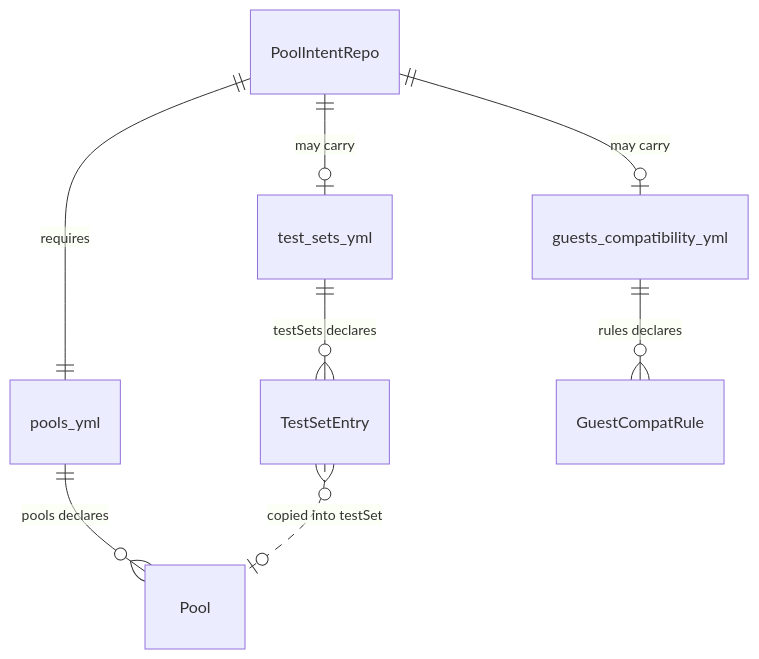
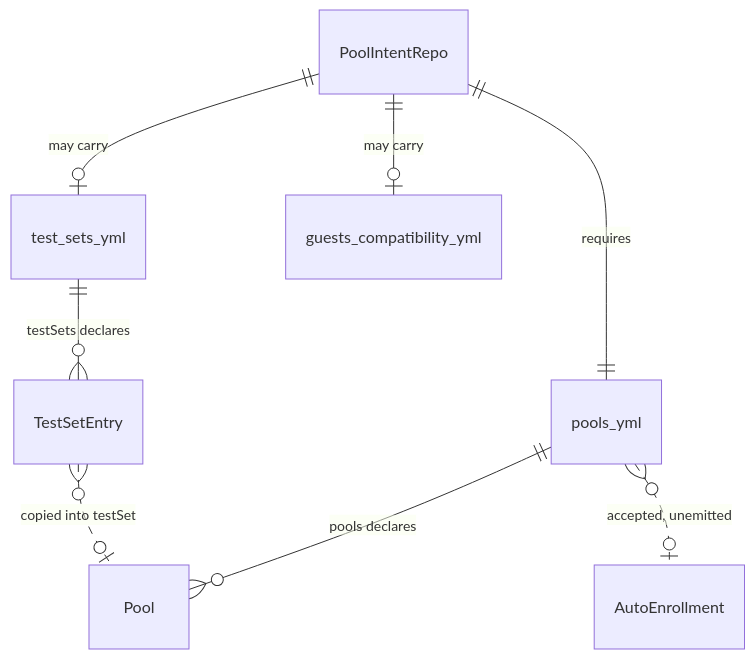
One commit to alissonsol/yuruna changed diagram 11 of 14 in docs/design/05-data-model.md. Above: the diagram before and after it, drawn with Mermaid. The commit also changed other lines of this file and 752 other files, not shown here.

````diff
--- a/docs/design/05-data-model.md
+++ b/docs/design/05-data-model.md
@@ -556,10 +752,12 @@
 ```mermaid
 erDiagram
     PoolIntentRepo ||--|| pools_yml : "requires"
     PoolIntentRepo ||--o| test_sets_yml : "may carry"
     PoolIntentRepo ||--o| guests_compatibility_yml : "may carry"
     pools_yml ||--o{ Pool : "pools declares"
     test_sets_yml ||--o{ TestSetEntry : "testSets declares"
-    guests_compatibility_yml ||--o{ GuestCompatRule : "rules declares"
     TestSetEntry }o..o| Pool : "copied into testSet"
+    pools_yml }o..o| AutoEnrollment : "accepted, unemitted"
+    %% planned -- no writer emits autoEnrollment yet; the schema declares it so
+    %% every older checkout accepts a document that contains it
 ```
````
